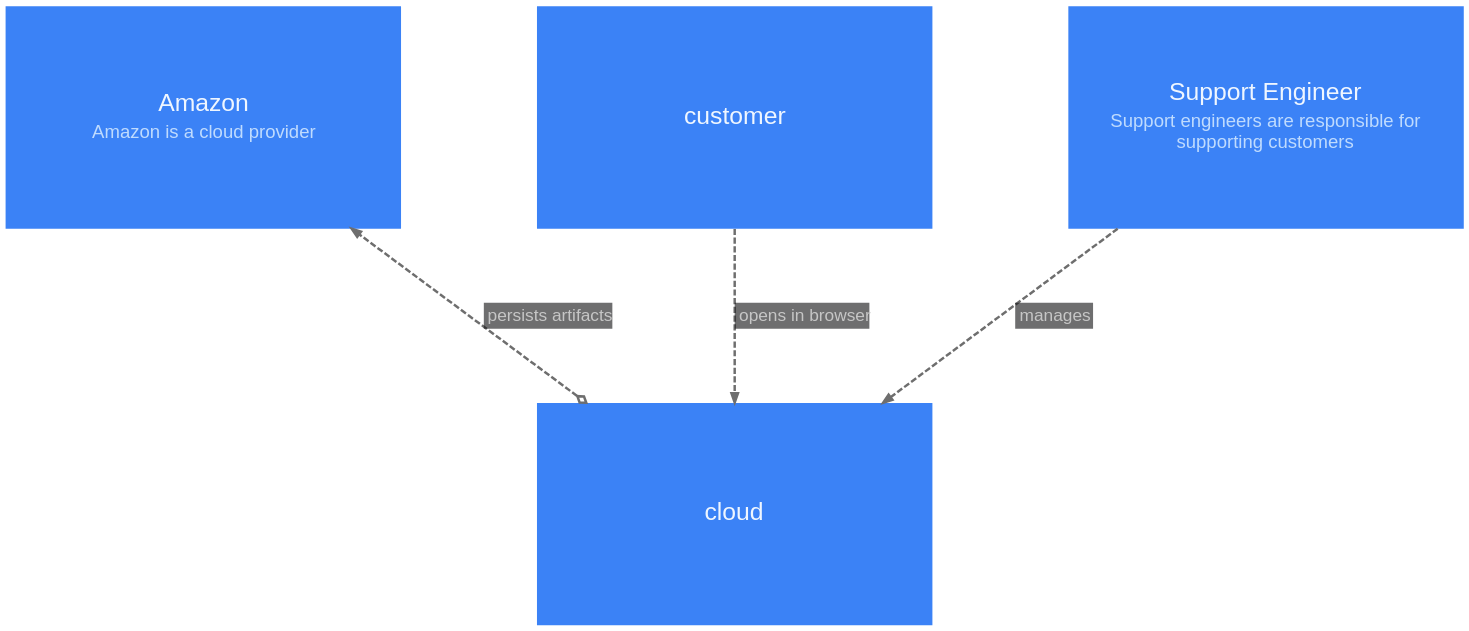
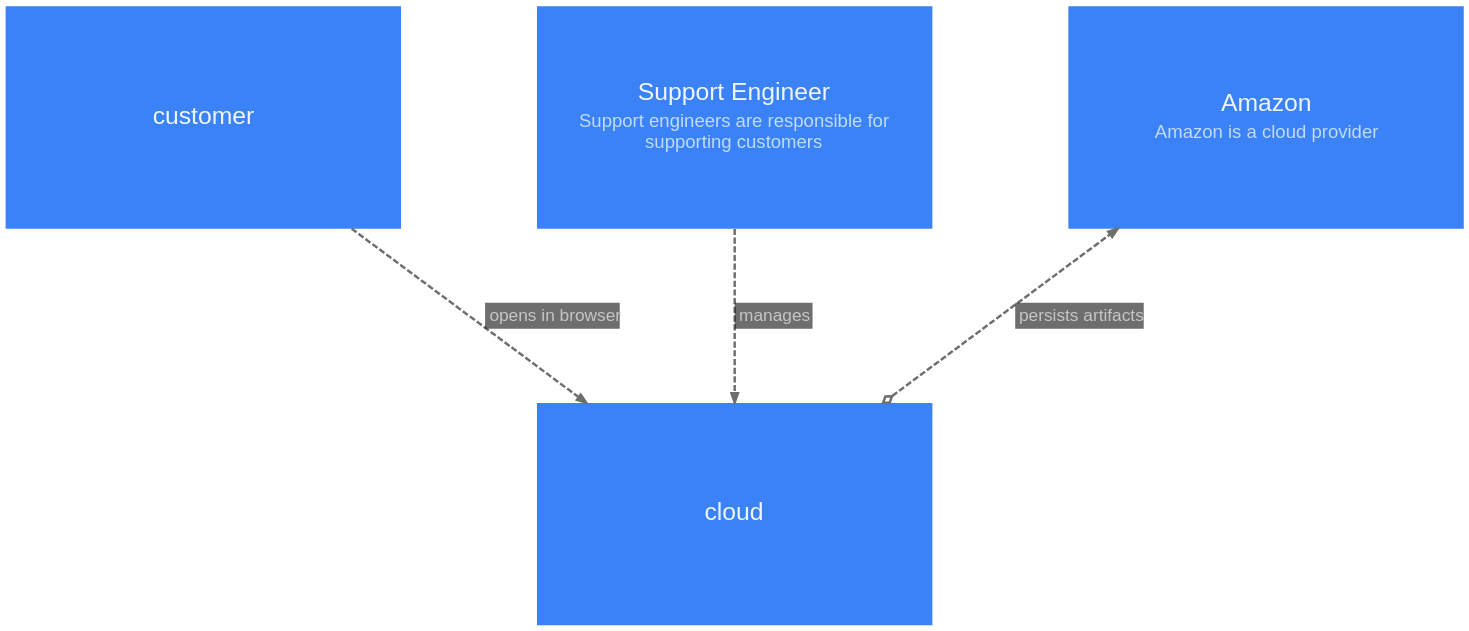
Before and after one commit to likec4/likec4: the diagram in packages/layouts/src/graphviz/__snapshots__/ElementViewPrinter-index.dot, drawn with Graphviz. The commit also changed 4 other files, not shown here.

```diff
--- a/packages/layouts/src/graphviz/__snapshots__/ElementViewPrinter-index.dot
+++ b/packages/layouts/src/graphviz/__snapshots__/ElementViewPrinter-index.dot
@@ -1,90 +1,89 @@
 digraph {
   likec4_viewId = "index";
   bgcolor = "transparent";
   layout = "dot";
   compound = true;
   rankdir = "TB";
   TBbalance = "min";
   splines = "spline";
   outputorder = "nodesfirst";
-  ordering = "in";
   nodesep = 1.528;
   ranksep = 1.667;
   pad = 0.209;
   fontname = "Arial";
   graph [
     fontsize = 20;
     labeljust = "l";
     labelloc = "t";
     margin = 50.1;
   ];
   edge [
     arrowsize = 0.75;
     fontname = "Arial";
     fontsize = 14;
     penwidth = 2;
     color = "#6E6E6E";
     fontcolor = "#C6C6C6";
   ];
   node [
     fontname = "Arial";
     shape = "rect";
     fillcolor = "#3b82f6";
     fontcolor = "#eff6ff";
     color = "#2563eb";
     style = "filled";
     penwidth = 0;
   ];
   "customer" [
     likec4_id = "customer";
     likec4_level = 0;
     label = <<FONT POINT-SIZE="20">customer</FONT>>;
     margin = "0.223,0.223";
     width = 4.445;
     height = 2.5;
   ];
   "support" [
     likec4_id = "support";
     likec4_level = 0;
     label = <<TABLE BORDER="0" CELLPADDING="0" CELLSPACING="4"><TR><TD><FONT POINT-SIZE="20">Support Engineer</FONT></TD></TR><TR><TD><FONT POINT-SIZE="15" COLOR="#bfdbfe">Support engineers are responsible for<BR/>supporting customers</FONT></TD></TR></TABLE>>;
     margin = "0.223,0.223";
     width = 4.445;
     height = 2.5;
   ];
   "cloud" [
     likec4_id = "cloud";
     likec4_level = 0;
     label = <<FONT POINT-SIZE="20">cloud</FONT>>;
     margin = "0.223,0.223";
     width = 4.445;
     height = 2.5;
   ];
   "amazon" [
     likec4_id = "amazon";
     likec4_level = 0;
     label = <<TABLE BORDER="0" CELLPADDING="0" CELLSPACING="4"><TR><TD><FONT POINT-SIZE="20">Amazon</FONT></TD></TR><TR><TD><FONT POINT-SIZE="15" COLOR="#bfdbfe">Amazon is a cloud provider</FONT></TD></TR></TABLE>>;
     margin = "0.223,0.223";
     width = 4.445;
     height = 2.5;
   ];
   "cloud" -> "amazon" [
     likec4_id = "cloud:amazon";
     style = "dashed";
     label = <<TABLE BORDER="0" CELLPADDING="3" CELLSPACING="0" BGCOLOR="#18191bA0"><TR><TD ALIGN="TEXT" BALIGN="LEFT"><FONT POINT-SIZE="14">persists artifacts</FONT></TD></TR></TABLE>>;
     arrowhead = "normal";
     arrowtail = "odiamond";
     dir = "both";
   ];
   "customer" -> "cloud" [
     likec4_id = "customer:cloud";
     style = "dashed";
     label = <<TABLE BORDER="0" CELLPADDING="3" CELLSPACING="0" BGCOLOR="#18191bA0"><TR><TD ALIGN="TEXT" BALIGN="LEFT"><FONT POINT-SIZE="14">opens in browser</FONT></TD></TR></TABLE>>;
     arrowhead = "normal";
   ];
   "support" -> "cloud" [
     likec4_id = "support:cloud";
     style = "dashed";
     label = <<TABLE BORDER="0" CELLPADDING="3" CELLSPACING="0" BGCOLOR="#18191bA0"><TR><TD ALIGN="TEXT" BALIGN="LEFT"><FONT POINT-SIZE="14">manages</FONT></TD></TR></TABLE>>;
     arrowhead = "normal";
   ];
 }
```
